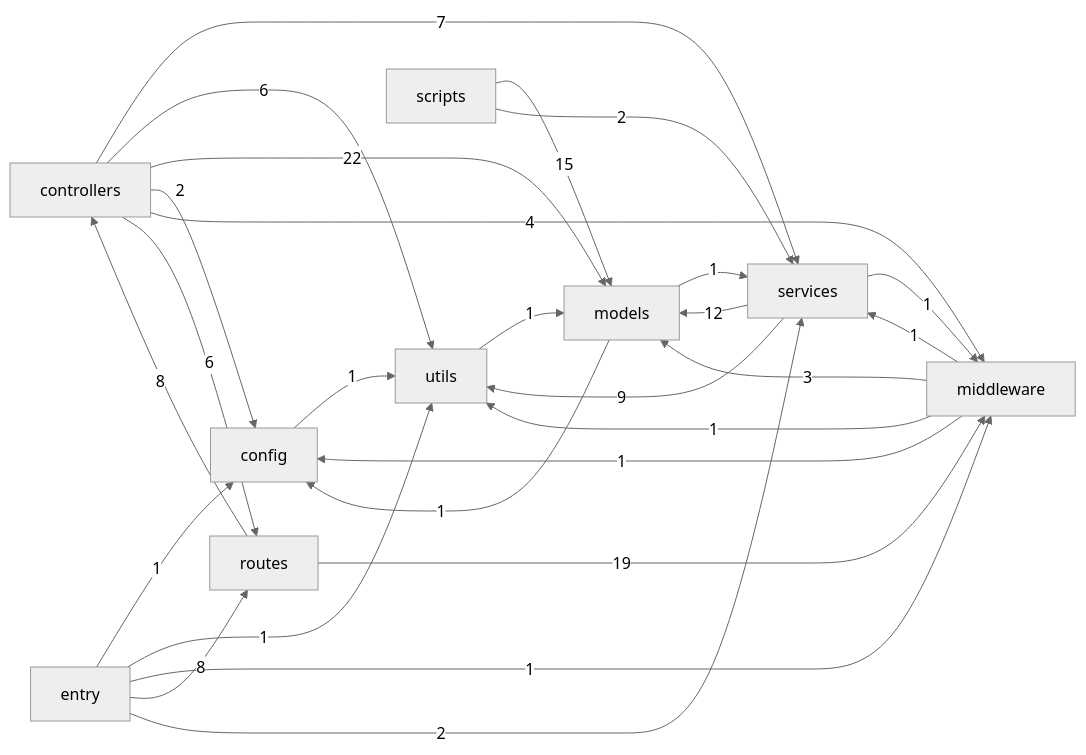
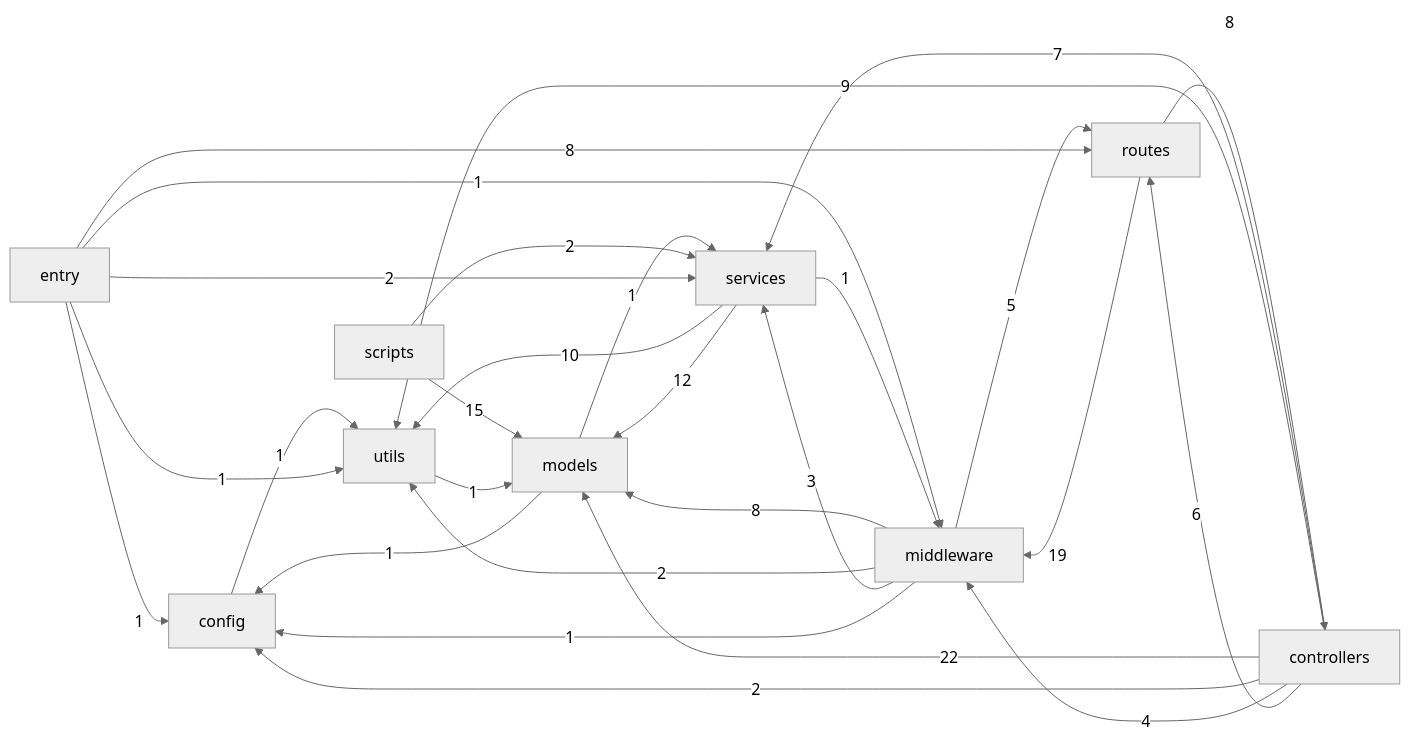
Before and after one commit to surajfale/notes-tasks: the first of 2 diagrams in docs/CODEBASE_GRAPH.md, drawn with Mermaid (neutral theme). The commit also changed other lines of this file and 18 other files, not shown here.

````diff
--- a/docs/CODEBASE_GRAPH.md
+++ b/docs/CODEBASE_GRAPH.md
@@ -9,29 +9,30 @@
 ```mermaid
 flowchart LR
     config["config"] -->|1| utils["utils"]
     controllers["controllers"] -->|7| services["services"]
-    controllers["controllers"] -->|6| utils["utils"]
+    controllers["controllers"] -->|9| utils["utils"]
     controllers["controllers"] -->|22| models["models"]
     controllers["controllers"] -->|2| config["config"]
     controllers["controllers"] -->|4| middleware["middleware"]
     controllers["controllers"] -->|6| routes["routes"]
-    middleware["middleware"] -->|3| models["models"]
-    middleware["middleware"] -->|1| utils["utils"]
+    middleware["middleware"] -->|8| models["models"]
+    middleware["middleware"] -->|2| utils["utils"]
+    middleware["middleware"] -->|3| services["services"]
+    middleware["middleware"] -->|5| routes["routes"]
     middleware["middleware"] -->|1| config["config"]
-    middleware["middleware"] -->|1| services["services"]
     models["models"] -->|1| services["services"]
     models["models"] -->|1| config["config"]
     routes["routes"] -->|19| middleware["middleware"]
     routes["routes"] -->|8| controllers["controllers"]
     scripts["scripts"] -->|15| models["models"]
     scripts["scripts"] -->|2| services["services"]
     entry["entry"] -->|1| config["config"]
     entry["entry"] -->|1| utils["utils"]
     entry["entry"] -->|1| middleware["middleware"]
     entry["entry"] -->|8| routes["routes"]
     entry["entry"] -->|2| services["services"]
-    services["services"] -->|9| utils["utils"]
+    services["services"] -->|10| utils["utils"]
     services["services"] -->|12| models["models"]
     services["services"] -->|1| middleware["middleware"]
     utils["utils"] -->|1| models["models"]
 ```
````
